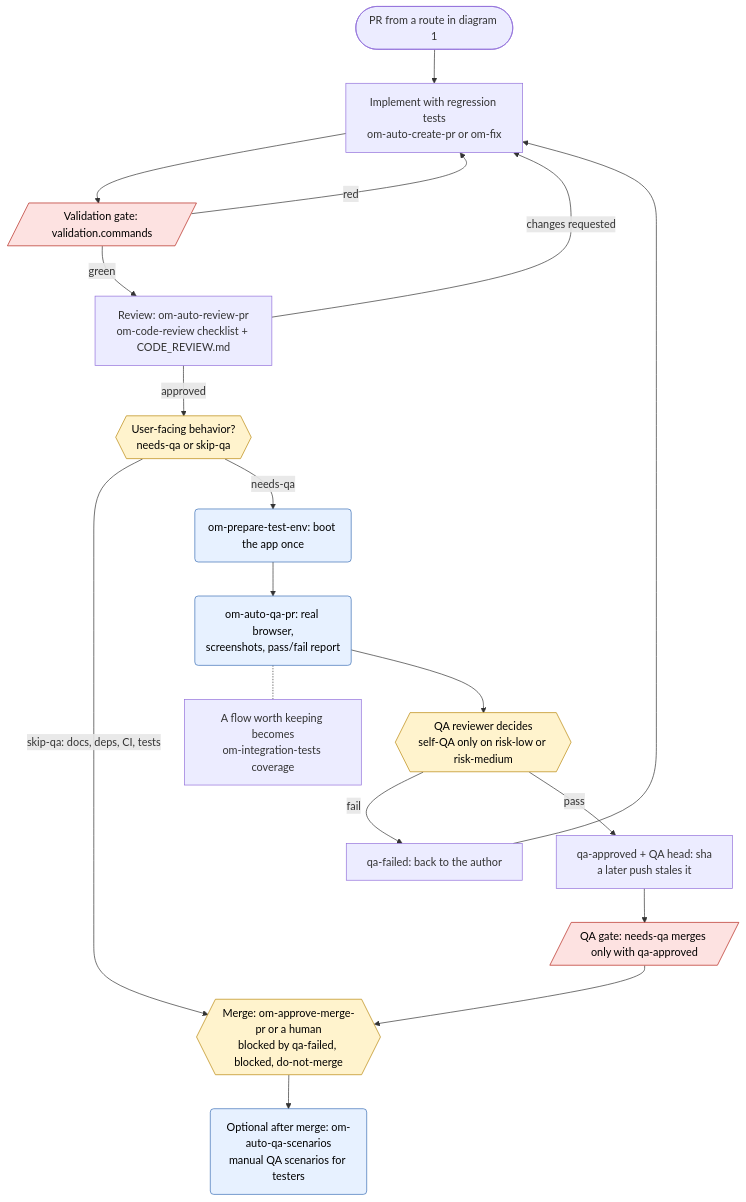
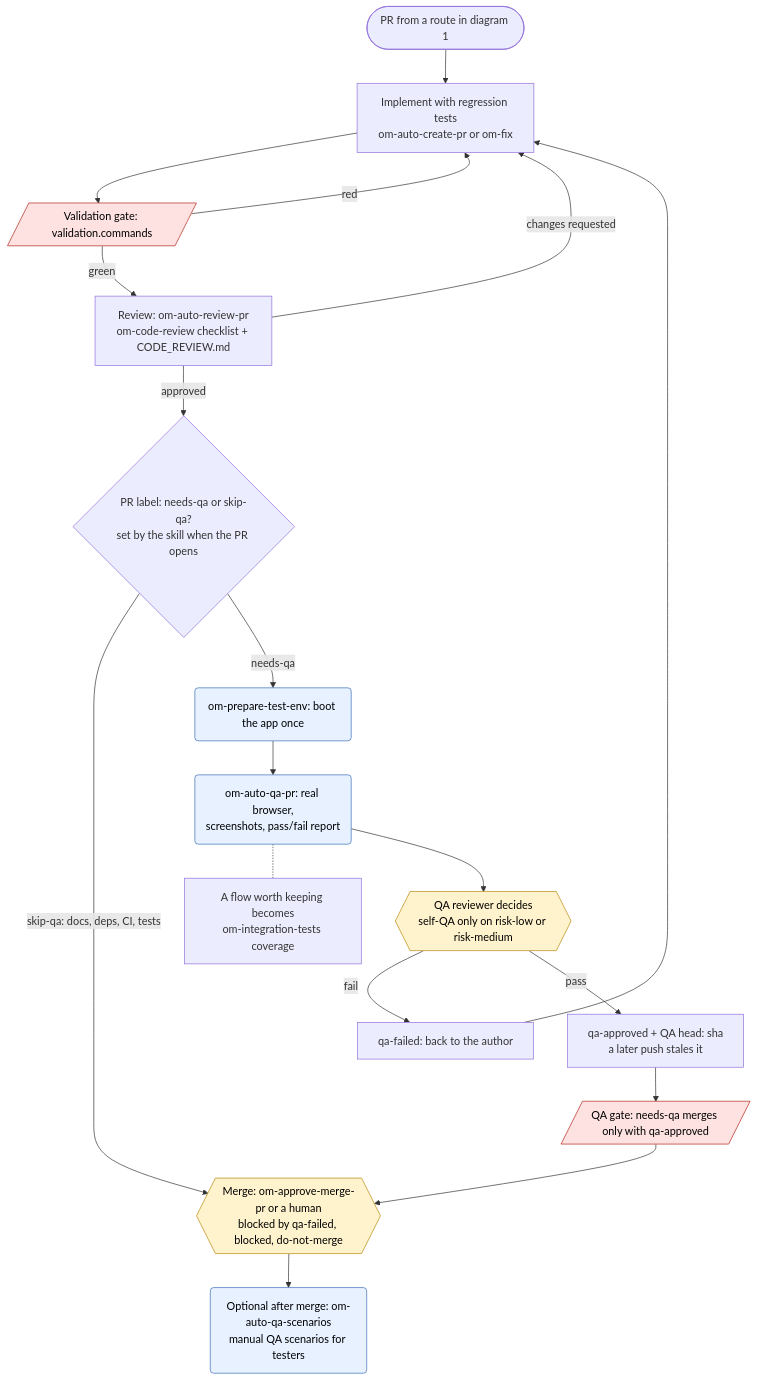
The second of 3 diagrams in SDLC-routes.md (AZITWB/om-sdlc-sandbox), drawn with Mermaid before and after one commit. The commit also changed other lines of this file, not shown here.

Commit message:
fix(sdlc): show the needs-qa/skip-qa step as a label branch
Review finding on #28: the QA label is set by the skill when the PR opens, so the post-review step is a branch on that label, not a new human decision. Refs #27

````diff
--- a/SDLC-routes.md
+++ b/SDLC-routes.md
@@ -88,28 +89,28 @@
 ```mermaid
 flowchart TD
     start([PR from a route in diagram 1]) --> impl["Implement with regression tests<br/>om-auto-create-pr or om-fix"]
     impl --> vgate[/"Validation gate: validation.commands"/]
     vgate -- red --> impl
     vgate -- green --> review["Review: om-auto-review-pr<br/>om-code-review checklist + CODE_REVIEW.md"]
     review -- changes requested --> impl
-    review -- approved --> qaQ{{"User-facing behavior?<br/>needs-qa or skip-qa"}}
+    review -- approved --> qaQ{"PR label: needs-qa or skip-qa?<br/>set by the skill when the PR opens"}
 
     qaQ -- "skip-qa: docs, deps, CI, tests" --> merge
     qaQ -- needs-qa --> env("om-prepare-test-env: boot the app once")
     env --> qaRun("om-auto-qa-pr: real browser,<br/>screenshots, pass/fail report")
     qaRun -.- keep["A flow worth keeping becomes<br/>om-integration-tests coverage"]
     qaRun --> signoff{{"QA reviewer decides<br/>self-QA only on risk-low or risk-medium"}}
     signoff -- fail --> failed["qa-failed: back to the author"]
     failed --> impl
     signoff -- pass --> approved["qa-approved + QA head: sha<br/>a later push stales it"]
     approved --> qaGate[/"QA gate: needs-qa merges only with qa-approved"/]
     qaGate --> merge{{"Merge: om-approve-merge-pr or a human<br/>blocked by qa-failed, blocked, do-not-merge"}}
     merge --> after("Optional after merge: om-auto-qa-scenarios<br/>manual QA scenarios for testers")
 
     classDef human fill:#fff3cd,stroke:#b8860b,color:#000
     classDef cmd fill:#e7f1ff,stroke:#3b6fb6,color:#000
     classDef gate fill:#fde2e1,stroke:#b42318,color:#000
-    class qaQ,signoff,merge human
+    class signoff,merge human
     class env,qaRun,after cmd
     class vgate,qaGate gate
 ```
````
